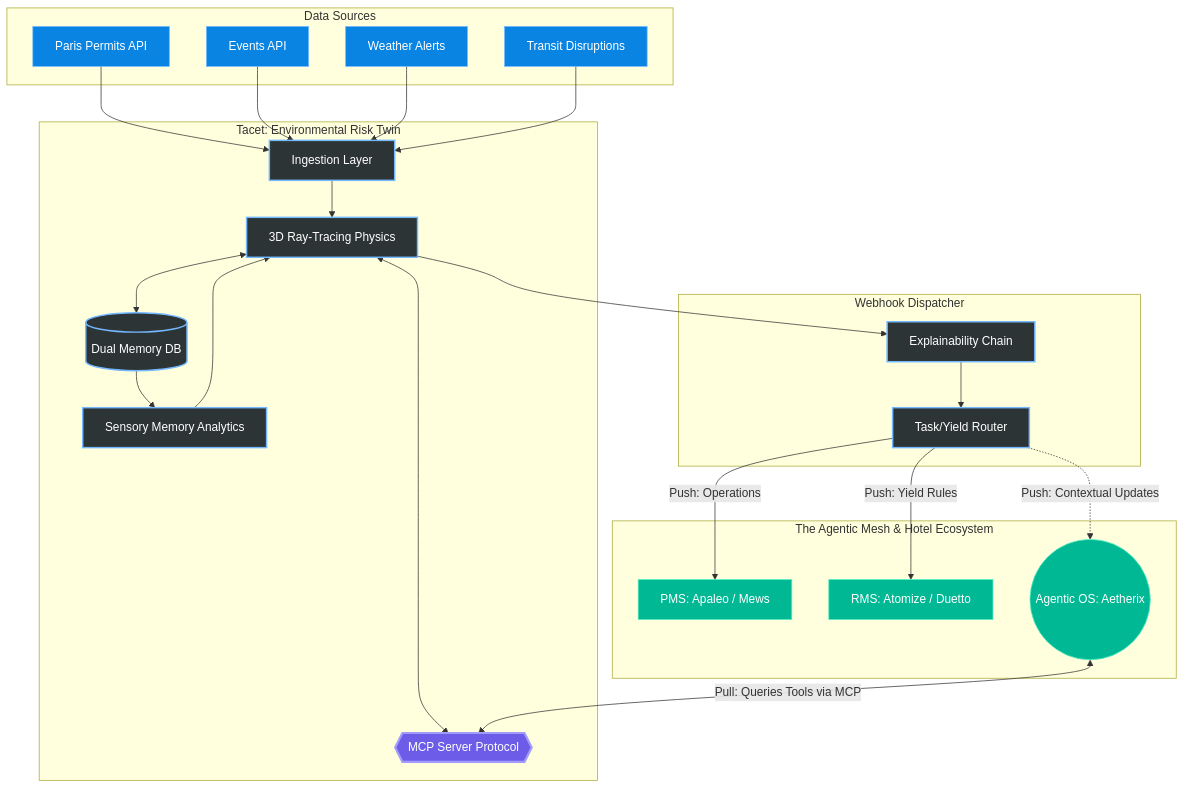
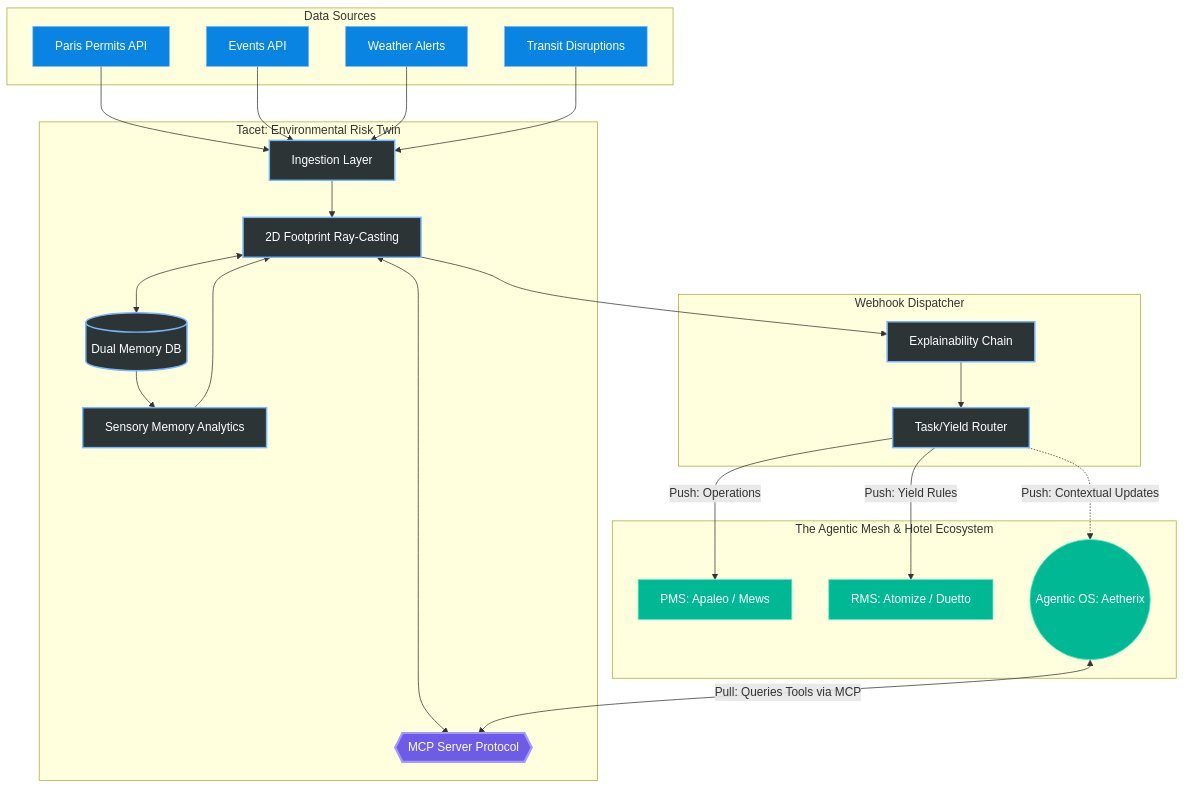
One commit to IvandeMurard/tacet-app changed the diagram in README.md. Above: the diagram before and after it, drawn with Mermaid. The commit also changed other lines of this file and 4 other files, not shown here.

````diff
--- a/README.md
+++ b/README.md
@@ -32,63 +33,63 @@
 ```mermaid
 graph TD
     %% External Data Sources
     subgraph DS [Data Sources]
         P[Paris Permits API]
         E[Events API]
         W[Weather Alerts]
         T[Transit Disruptions]
     end
 
     %% Tacet Core Engine
     subgraph TCE [Tacet: Environmental Risk Twin]
         I[Ingestion Layer]
-        RT[3D Ray-Tracing Physics]
+        RT[2D Footprint Ray-Casting]
         DM[(Dual Memory DB)]
         SM[Sensory Memory Analytics]
         MCP{{MCP Server Protocol}}
         
         I --> RT
         RT <--> DM
         DM --> SM
         SM --> RT
         RT <--> MCP
     end
 
     %% Routing
     subgraph D [Webhook Dispatcher]
         WH[Task/Yield Router]
         EXP[Explainability Chain]
         
         RT --> EXP
         EXP --> WH
     end
 
     %% Destinations / The Agentic Mesh
     subgraph AM [The Agentic Mesh & Hotel Ecosystem]
         PMS[PMS: Apaleo / Mews]
         RMS[RMS: Atomize / Duetto]
         LLM((Agentic OS: Aetherix))
     end
 
     P --> I
     E --> I
     W --> I
     T --> I
     
     WH -->|Push: Operations| PMS
     WH -->|Push: Yield Rules| RMS
     
     LLM <-->|Pull: Queries Tools via MCP| MCP
     WH -.->|Push: Contextual Updates| LLM
 
     classDef core fill:#2d3436,stroke:#74b9ff,stroke-width:2px,color:#fff;
     classDef data fill:#0984e3,stroke:#74b9ff,color:#fff;
     classDef dest fill:#00b894,stroke:#55efc4,color:#fff;
     classDef mcp fill:#6c5ce7,stroke:#a29bfe,stroke-width:3px,color:#fff;
     
     class RT,DM,SM,EXP,I,WH core;
     class P,E,W,T data;
     class PMS,RMS dest;
     class LLM dest;
     class MCP mcp;
 ```
````
